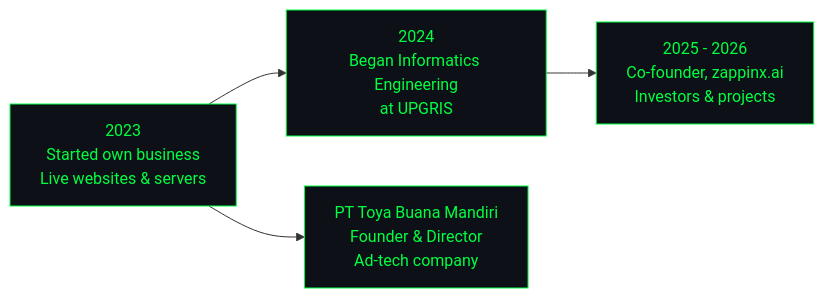
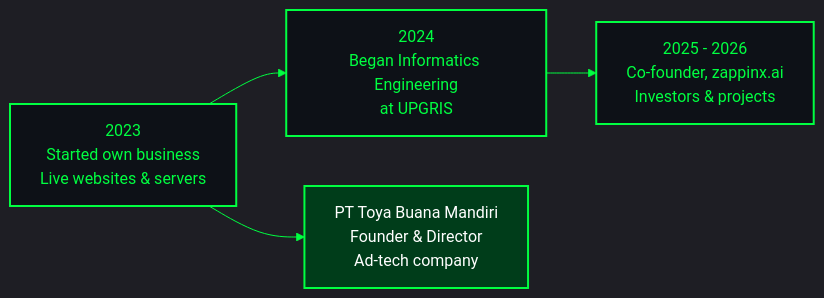
One commit to patrickivanuellf/patrickivanuellf changed the diagram in README.md. Above: the diagram before and after it, drawn with Mermaid. The commit also changed other lines of this file, not shown here.

````diff
--- a/README.md
+++ b/README.md
@@ -48,10 +60,11 @@
 ```mermaid
+%%{init: {'theme':'dark','themeVariables':{'primaryColor':'#0d1117','primaryBorderColor':'#00ff41','primaryTextColor':'#00ff41','lineColor':'#00ff41','fontFamily':'monospace'}}}%%
 flowchart LR
     A["2023<br/>Started own business<br/>Live websites & servers"] --> B["2024<br/>Began Informatics Engineering<br/>at UPGRIS"]
     B --> C["2025 - 2026<br/>Co-founder, zappinx.ai<br/>Investors & projects"]
     A --> D["PT Toya Buana Mandiri<br/>Founder & Director<br/>Ad-tech company"]
-    style A fill:#0d1117,stroke:#00ff41,color:#00ff41
-    style B fill:#0d1117,stroke:#00ff41,color:#00ff41
-    style C fill:#0d1117,stroke:#00ff41,color:#00ff41
-    style D fill:#0d1117,stroke:#00ff41,color:#00ff41
+    style A fill:#0d1117,stroke:#00ff41,stroke-width:2px,color:#00ff41
+    style B fill:#0d1117,stroke:#00ff41,stroke-width:2px,color:#00ff41
+    style C fill:#0d1117,stroke:#00ff41,stroke-width:2px,color:#00ff41
+    style D fill:#003d1a,stroke:#00ff41,stroke-width:2px,color:#ffffff
 ```
````
